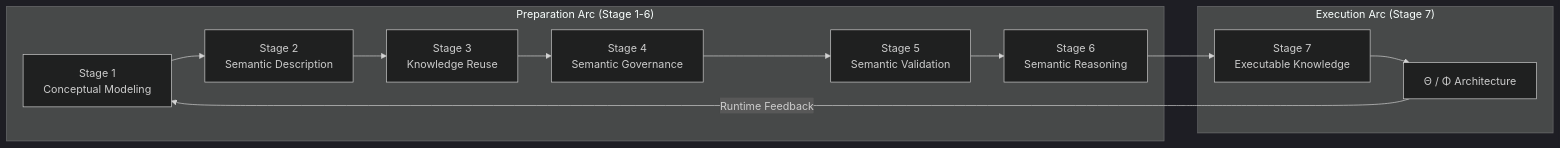
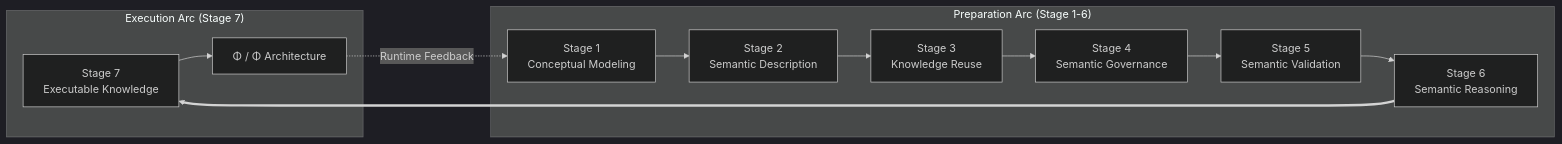
One commit to yasenstar/protege_pizza changed the diagram in ebook/markdown/volume4b/ch27.md. Above: the diagram before and after it, drawn with Mermaid (dark theme). The commit also changed other lines of this file, not shown here.

Commit message:
finish writing 27.3.1

````diff
--- a/ebook/markdown/volume4b/ch27.md
+++ b/ebook/markdown/volume4b/ch27.md
@@ -101,18 +101,26 @@
 ```mermaid
 flowchart LR
+    subgraph Exec["Execution Arc (Stage 7)"]
+        S7["Stage 7<br/>Executable Knowledge"]
+        Th["Φ / Φ Architecture"]
+    end
+
     subgraph Prep["Preparation Arc (Stage 1-6)"]
         S1["Stage 1<br/>Conceptual Modeling"]
         S2["Stage 2<br/>Semantic Description"]
         S3["Stage 3<br/>Knowledge Reuse"]
         S4["Stage 4<br/>Semantic Governance"]
         S5["Stage 5<br/>Semantic Validation"]
         S6["Stage 6<br/>Semantic Reasoning"]
     end
-    subgraph Exec["Execution Arc (Stage 7)"]
-        S7["Stage 7<br/>Executable Knowledge"]
-        Th["Θ / Φ Architecture"]
-    end
+
+    %% 内部流向
     S1 --> S2 --> S3 --> S4 --> S5 --> S6
-    S6 --> S7 --> Th
-    Th -->|Runtime Feedback| S1
+    S7 --> Th
+
+    %% 跨子图主干连接（强制 Prep 指向 Exec）
+    S6 ==> S7
+
+    %% 回环反馈（使用虚线降低权重，避免把图拉乱）
+    Th -.->|Runtime Feedback| S1
 ```
````
